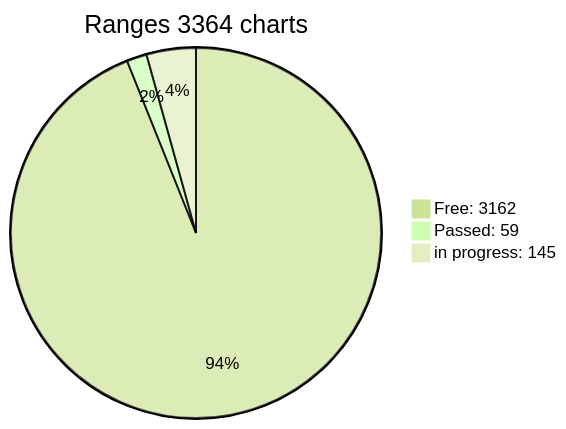
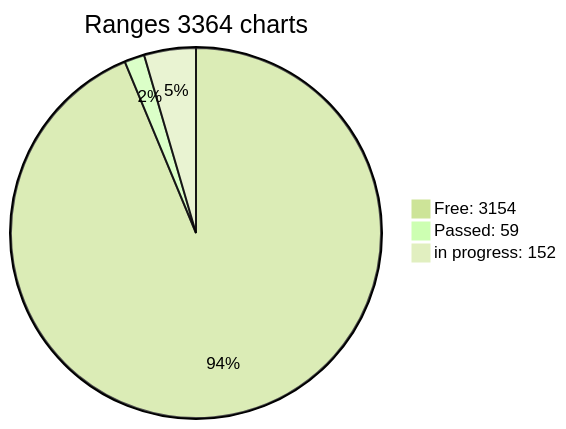
One commit to jonlloner/wif500 changed the diagram in x64/Release/table.md. Above: the diagram before and after it, drawn with Mermaid (forest theme). The commit also changed other lines of this file, not shown here.

````diff
--- a/x64/Release/table.md
+++ b/x64/Release/table.md
@@ -3,6 +3,6 @@
 ```mermaid
 pie title Ranges 3364 charts
-"Free: 3162" : 3161
+"Free: 3154" : 3154
 "Passed: 59" : 59
-"in progress: 145" : 145
+"in progress: 152" : 152
 ```  
````
